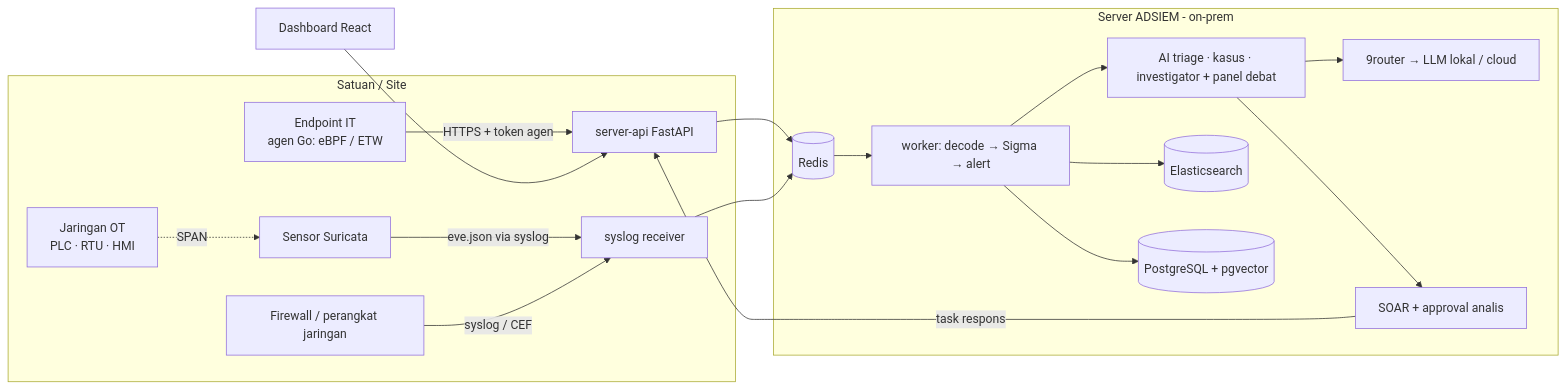
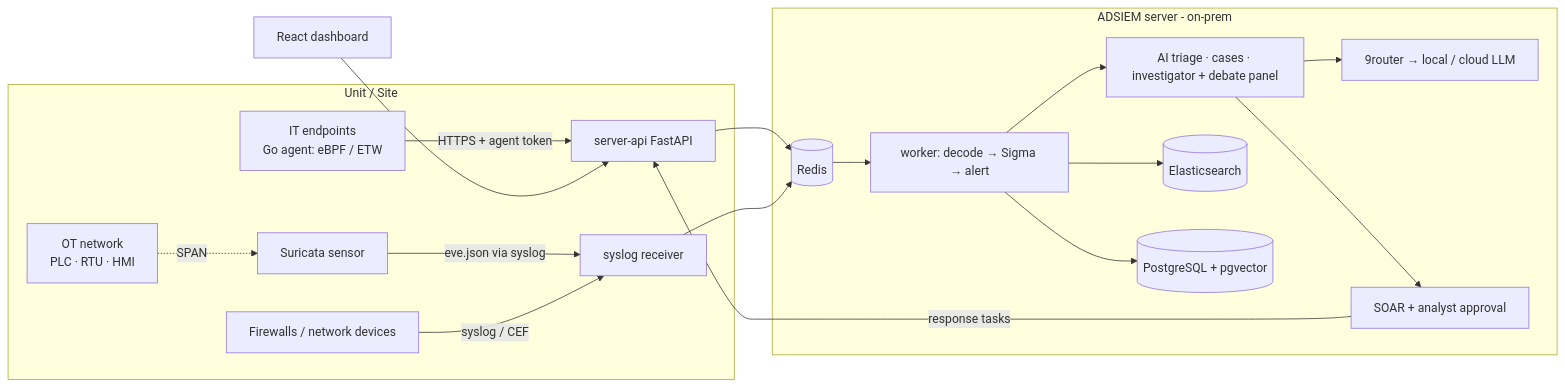
The diagram in README.md (adriyansyah-mf/ADSIEM), drawn with Mermaid before and after one commit. The commit also changed other lines of this file and 1 other file, not shown here.

````diff
--- a/README.md
+++ b/README.md
@@ -93,21 +102,21 @@
 ```mermaid
 flowchart LR
-  subgraph Site[Satuan / Site]
-    EP[Endpoint IT<br/>agen Go: eBPF / ETW] -->|HTTPS + token agen| API
-    OT[Jaringan OT<br/>PLC · RTU · HMI] -. SPAN .-> SUR[Sensor Suricata]
+  subgraph Site[Unit / Site]
+    EP[IT endpoints<br/>Go agent: eBPF / ETW] -->|HTTPS + agent token| API
+    OT[OT network<br/>PLC · RTU · HMI] -. SPAN .-> SUR[Suricata sensor]
     SUR -->|eve.json via syslog| SYS
-    NET[Firewall / perangkat jaringan] -->|syslog / CEF| SYS
+    NET[Firewalls / network devices] -->|syslog / CEF| SYS
   end
-  subgraph Server[Server ADSIEM - on-prem]
+  subgraph Server[ADSIEM server - on-prem]
     API[server-api FastAPI] --> R[(Redis)]
     SYS[syslog receiver] --> R
     R --> W[worker: decode → Sigma → alert]
-    W --> AI[AI triage · kasus · investigator + panel debat]
-    AI --> LLM[9router → LLM lokal / cloud]
+    W --> AI[AI triage · cases · investigator + debate panel]
+    AI --> LLM[9router → local / cloud LLM]
     W --> ES[(Elasticsearch)]
     W --> PG[(PostgreSQL + pgvector)]
-    AI --> SOAR[SOAR + approval analis]
-    SOAR -->|task respons| API
+    AI --> SOAR[SOAR + analyst approval]
+    SOAR -->|response tasks| API
   end
-  UI[Dashboard React] --> API
+  UI[React dashboard] --> API
 ```
````
